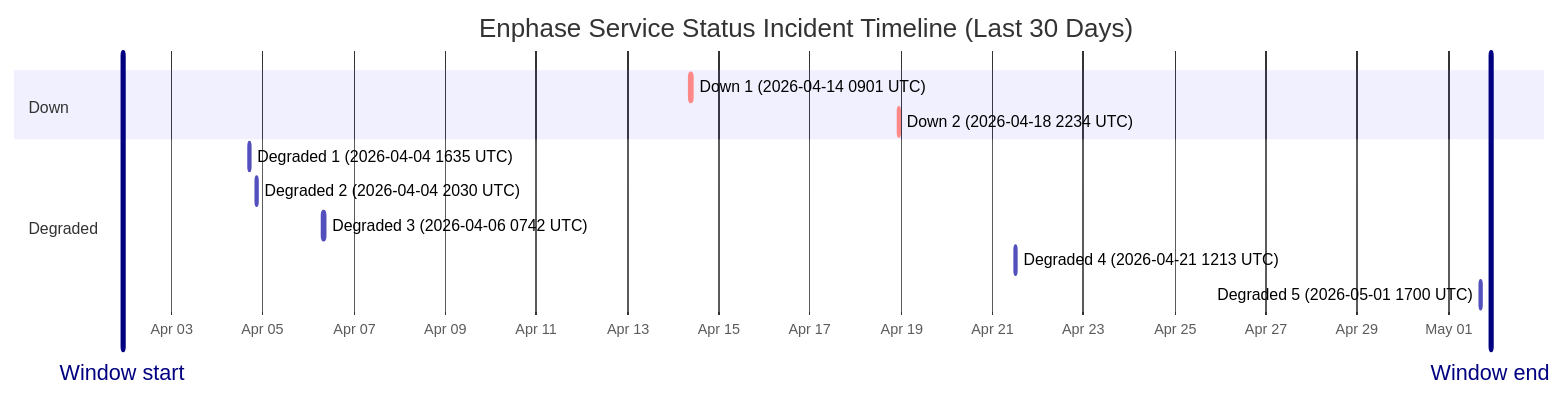
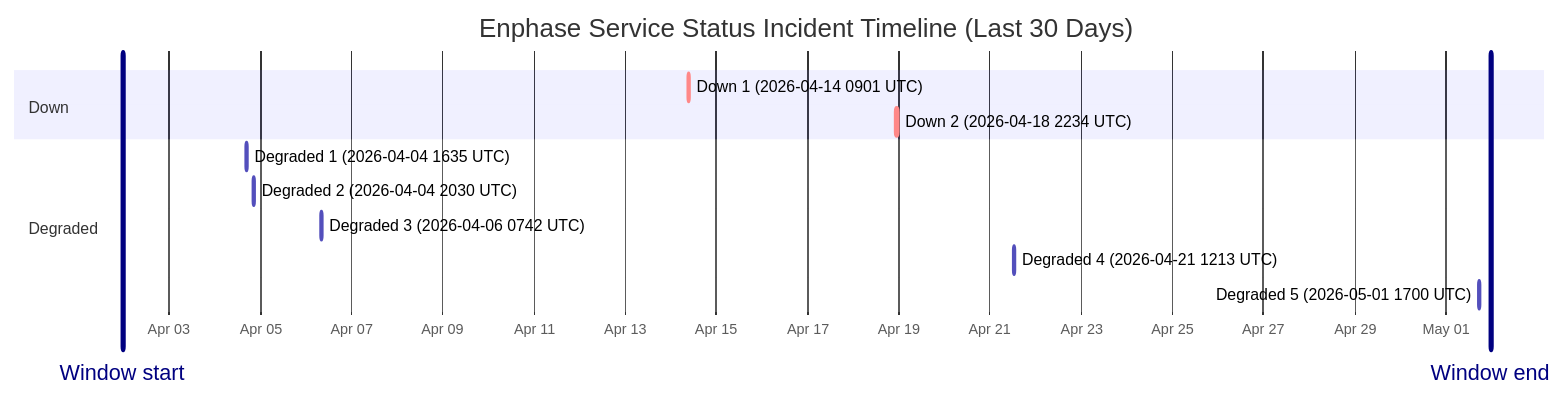
Before and after one commit to barneyonline/ha-enphase-ev-charger: the diagram in wiki/Service-Status-History.md, drawn with Mermaid. The commit also changed other lines of this file and 3 other files, not shown here.

````diff
--- a/wiki/Service-Status-History.md
+++ b/wiki/Service-Status-History.md
@@ -14,17 +14,17 @@
 ```mermaid
 gantt
     title Enphase Service Status Incident Timeline (Last 30 Days)
     dateFormat  YYYY-MM-DDTHH:mm:ss
     axisFormat  %b %d
-    Window start :vert, window-start, 2026-04-01T22:11:30, 0ms
-    Window end :vert, window-end, 2026-05-01T22:11:30, 0ms
+    Window start :vert, window-start, 2026-04-01T23:26:16, 0ms
+    Window end :vert, window-end, 2026-05-01T23:26:16, 0ms
     section Down
     Down 1 (2026-04-14 0901 UTC) :crit, down-1, 2026-04-14T09:01:13, 60m
     Down 2 (2026-04-18 2234 UTC) :crit, down-2, 2026-04-18T22:34:13, 60m
     section Degraded
     Degraded 1 (2026-04-04 1635 UTC) :active, degraded-1, 2026-04-04T16:35:17, 60m
     Degraded 2 (2026-04-04 2030 UTC) :active, degraded-2, 2026-04-04T20:30:40, 60m
     Degraded 3 (2026-04-06 0742 UTC) :active, degraded-3, 2026-04-06T07:42:09, 85m
     Degraded 4 (2026-04-21 1213 UTC) :active, degraded-4, 2026-04-21T12:13:11, 60m
     Degraded 5 (2026-05-01 1700 UTC) :active, degraded-5, 2026-05-01T17:00:22, 60m
 ```
````
